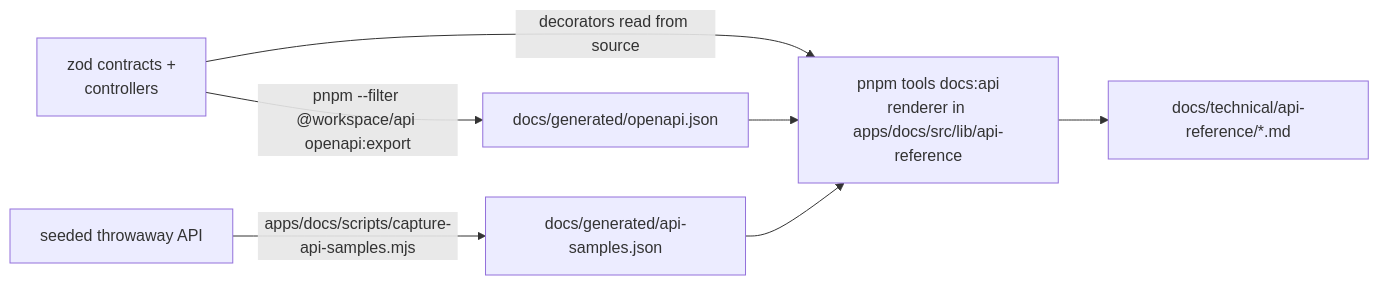
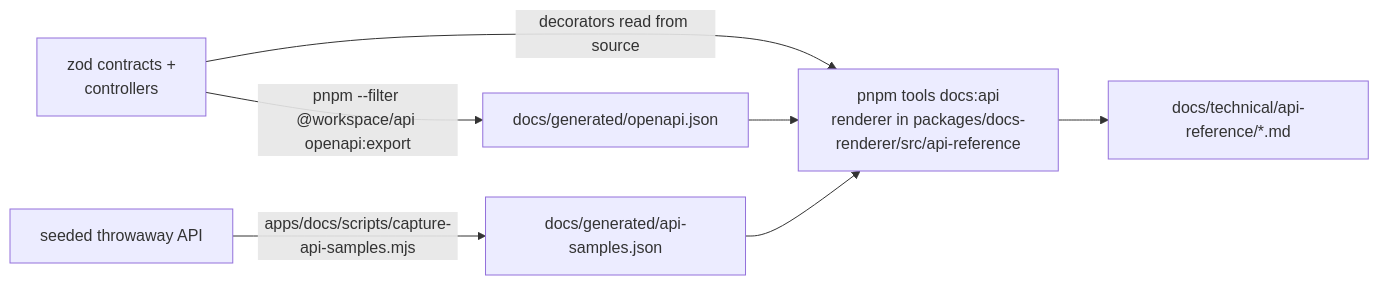
One commit to patelzz007/nestjs-nextjs-turborepo-starter-kit changed the diagram in docs/technical/api/README.md. Above: the diagram before and after it, drawn with Mermaid. The commit also changed other lines of this file and 2083 other files, not shown here.

````diff
--- a/docs/technical/api/README.md
+++ b/docs/technical/api/README.md
@@ -84,9 +87,9 @@
 ```mermaid
 flowchart LR
     Z[zod contracts +<br/>controllers] -->|pnpm --filter @workspace/api openapi:export| O[docs/generated/openapi.json]
     Z -->|decorators read from source| R
     S[seeded throwaway API] -->|apps/docs/scripts/capture-api-samples.mjs| J[docs/generated/api-samples.json]
-    O --> R[pnpm tools docs:api<br/>renderer in apps/docs/src/lib/api-reference]
+    O --> R[pnpm tools docs:api<br/>renderer in packages/docs-renderer/src/api-reference]
     J --> R
     R --> M[docs/technical/api-reference/*.md]
 ```
````
